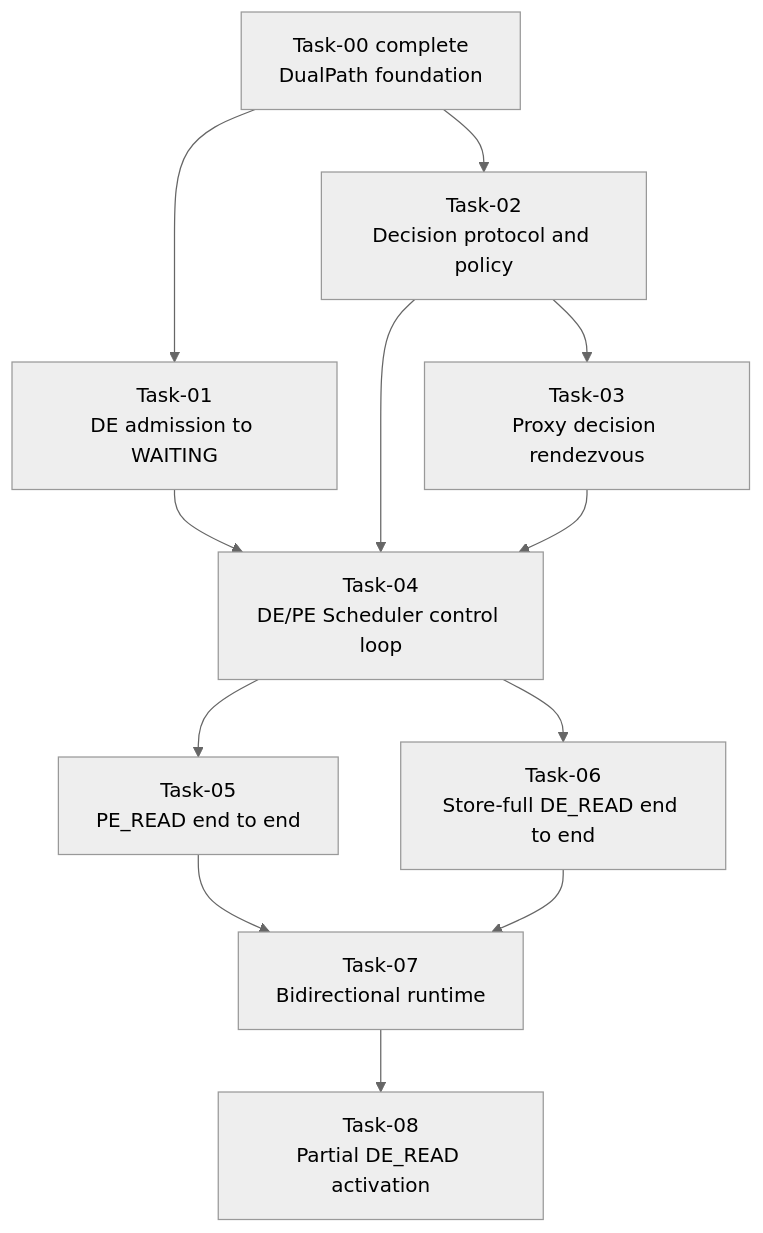
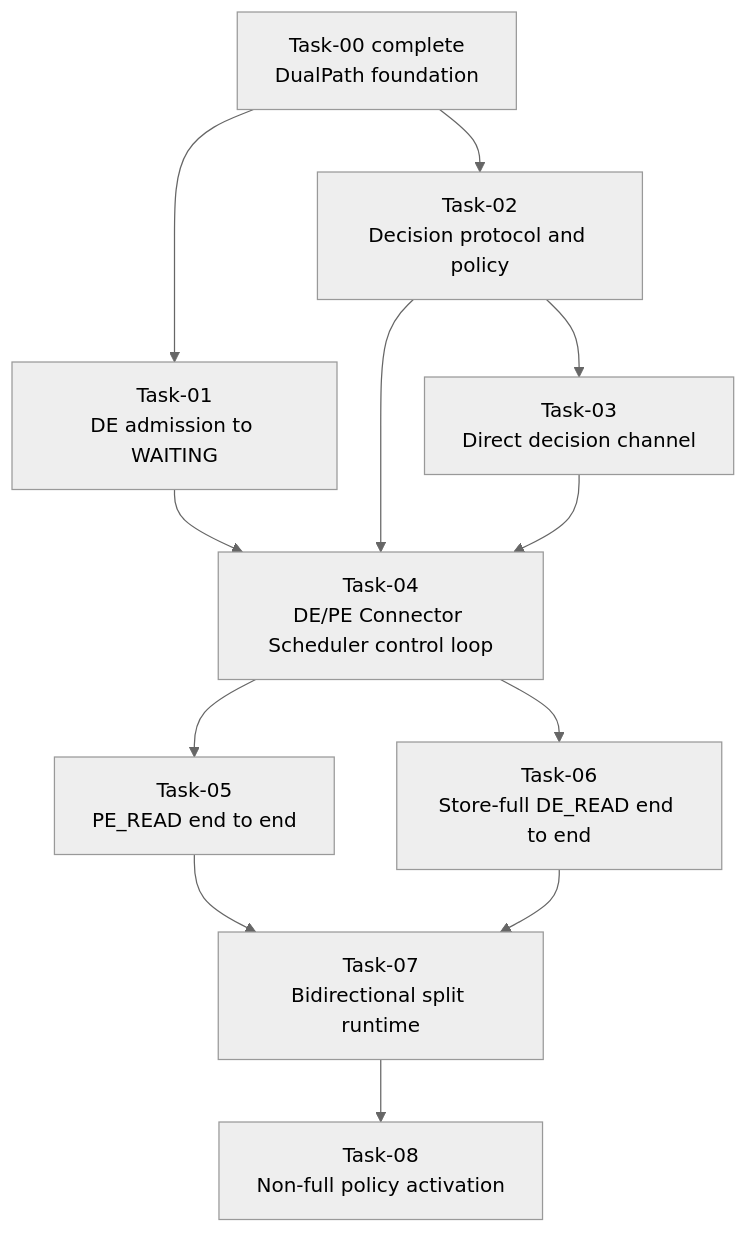
One commit to mazifan0120/vllm-ascend changed the diagram in .specs/dual-path-stage1-tasks/TASKS.md. Above: the diagram before and after it, drawn with Mermaid (neutral theme). The commit also changed other lines of this file and 3 other files, not shown here.

First line of the commit message:
docs(specs): add Task-02/03 specs and direct-channel catalog

````diff
--- a/.specs/dual-path-stage1-tasks/TASKS.md
+++ b/.specs/dual-path-stage1-tasks/TASKS.md
@@ -68,24 +70,24 @@
 ```mermaid
 flowchart TD
     T00["Task-00 complete<br/>DualPath foundation"]
     T01["Task-01<br/>DE admission to WAITING"]
     T02["Task-02<br/>Decision protocol and policy"]
-    T03["Task-03<br/>Proxy decision rendezvous"]
-    T04["Task-04<br/>DE/PE Scheduler control loop"]
+    T03["Task-03<br/>Direct decision channel"]
+    T04["Task-04<br/>DE/PE Connector Scheduler control loop"]
     T05["Task-05<br/>PE_READ end to end"]
     T06["Task-06<br/>Store-full DE_READ end to end"]
-    T07["Task-07<br/>Bidirectional runtime"]
-    T08["Task-08<br/>Partial DE_READ activation"]
+    T07["Task-07<br/>Bidirectional split runtime"]
+    T08["Task-08<br/>Non-full policy activation"]
 
     T00 --> T01
     T00 --> T02
     T02 --> T03
     T01 --> T04
     T02 --> T04
     T03 --> T04
     T04 --> T05
     T04 --> T06
     T05 --> T07
     T06 --> T07
     T07 --> T08
 ```
````
